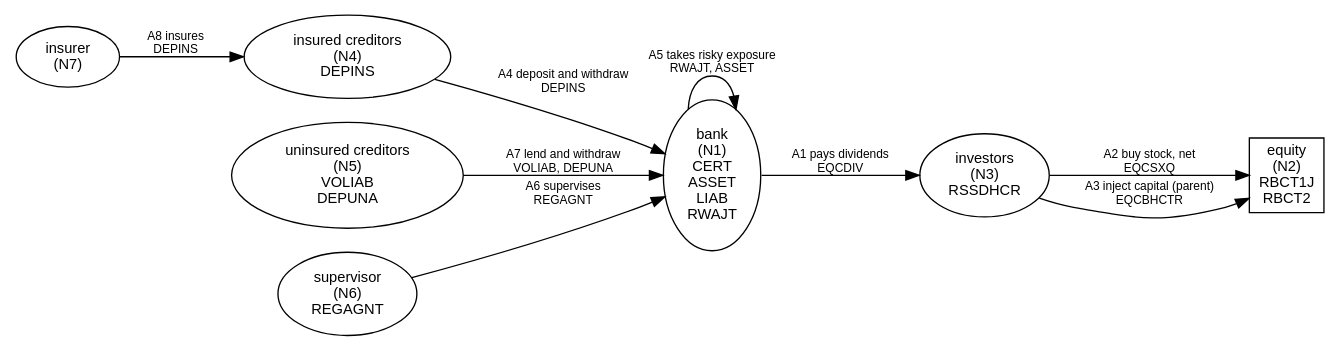
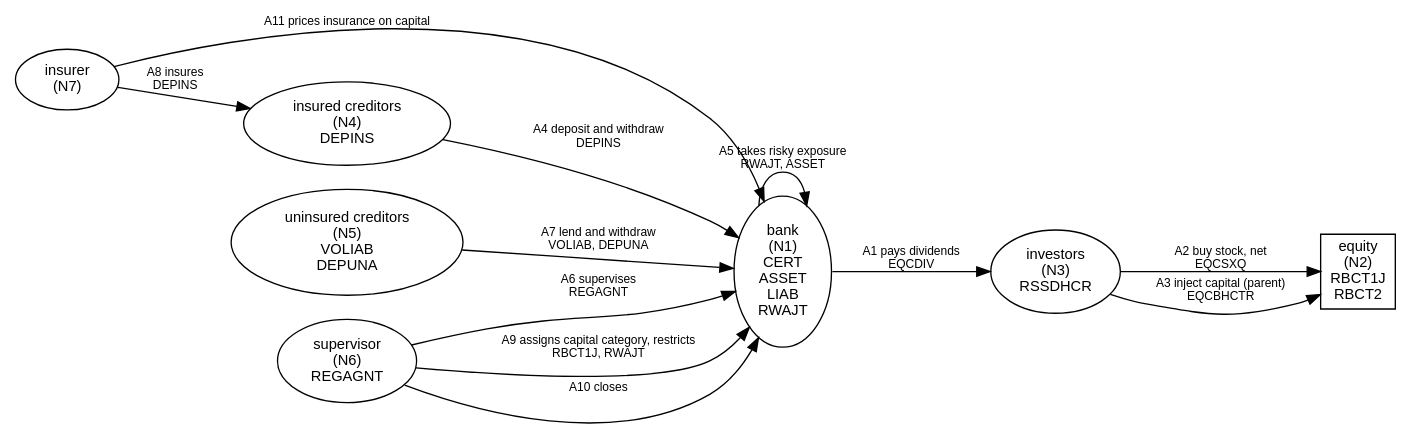
The diagram in papers/wealth_garch/00_reader/ledger_model.dot (anuragr81/research), drawn with Graphviz before and after one commit. The commit also changed 31 other files, not shown here.

```diff
--- a/papers/wealth_garch/00_reader/ledger_model.dot
+++ b/papers/wealth_garch/00_reader/ledger_model.dot
@@ -1,18 +1,21 @@
 digraph ledger {
   rankdir=LR; node [fontname="Helvetica", fontsize=11]; edge [fontname="Helvetica", fontsize=9];
   "bank" [shape=ellipse, label="bank\n(N1)\nCERT\nASSET\nLIAB\nRWAJT"];
   "equity" [shape=box, label="equity\n(N2)\nRBCT1J\nRBCT2"];
   "investors" [shape=ellipse, label="investors\n(N3)\nRSSDHCR"];
   "insured creditors" [shape=ellipse, label="insured creditors\n(N4)\nDEPINS"];
   "uninsured creditors" [shape=ellipse, label="uninsured creditors\n(N5)\nVOLIAB\nDEPUNA"];
   "supervisor" [shape=ellipse, label="supervisor\n(N6)\nREGAGNT"];
   "insurer" [shape=ellipse, label="insurer\n(N7)"];
   "bank" -> "investors" [label="A1 pays dividends\nEQCDIV"];
   "investors" -> "equity" [label="A2 buy stock, net\nEQCSXQ"];
   "investors" -> "equity" [label="A3 inject capital (parent)\nEQCBHCTR"];
   "insured creditors" -> "bank" [label="A4 deposit and withdraw\nDEPINS"];
   "bank" -> "bank" [label="A5 takes risky exposure\nRWAJT, ASSET"];
   "supervisor" -> "bank" [label="A6 supervises\nREGAGNT"];
   "uninsured creditors" -> "bank" [label="A7 lend and withdraw\nVOLIAB, DEPUNA"];
   "insurer" -> "insured creditors" [label="A8 insures\nDEPINS"];
+  "supervisor" -> "bank" [label="A9 assigns capital category, restricts\nRBCT1J, RWAJT"];
+  "supervisor" -> "bank" [label="A10 closes\n"];
+  "insurer" -> "bank" [label="A11 prices insurance on capital\n"];
 }
```
